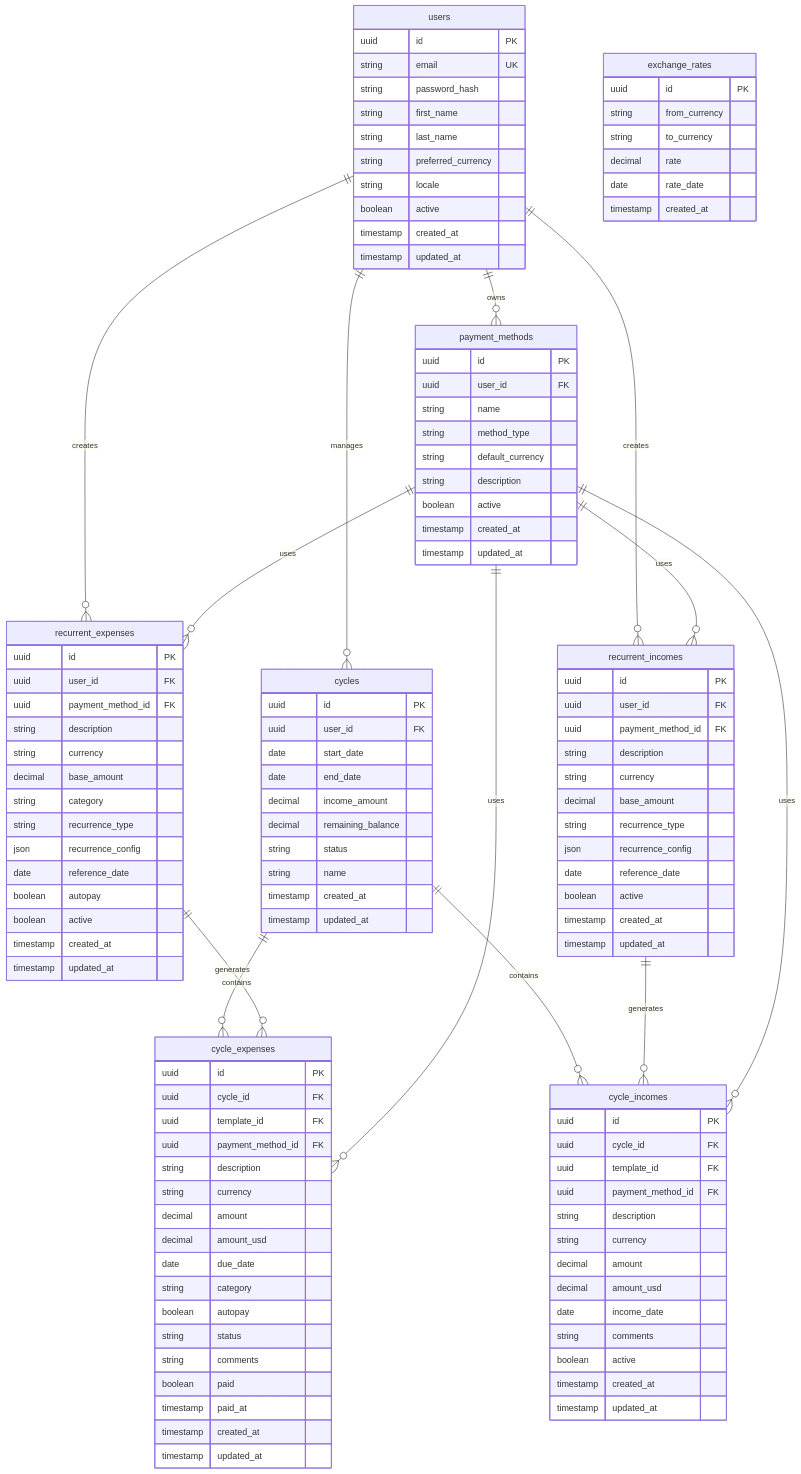
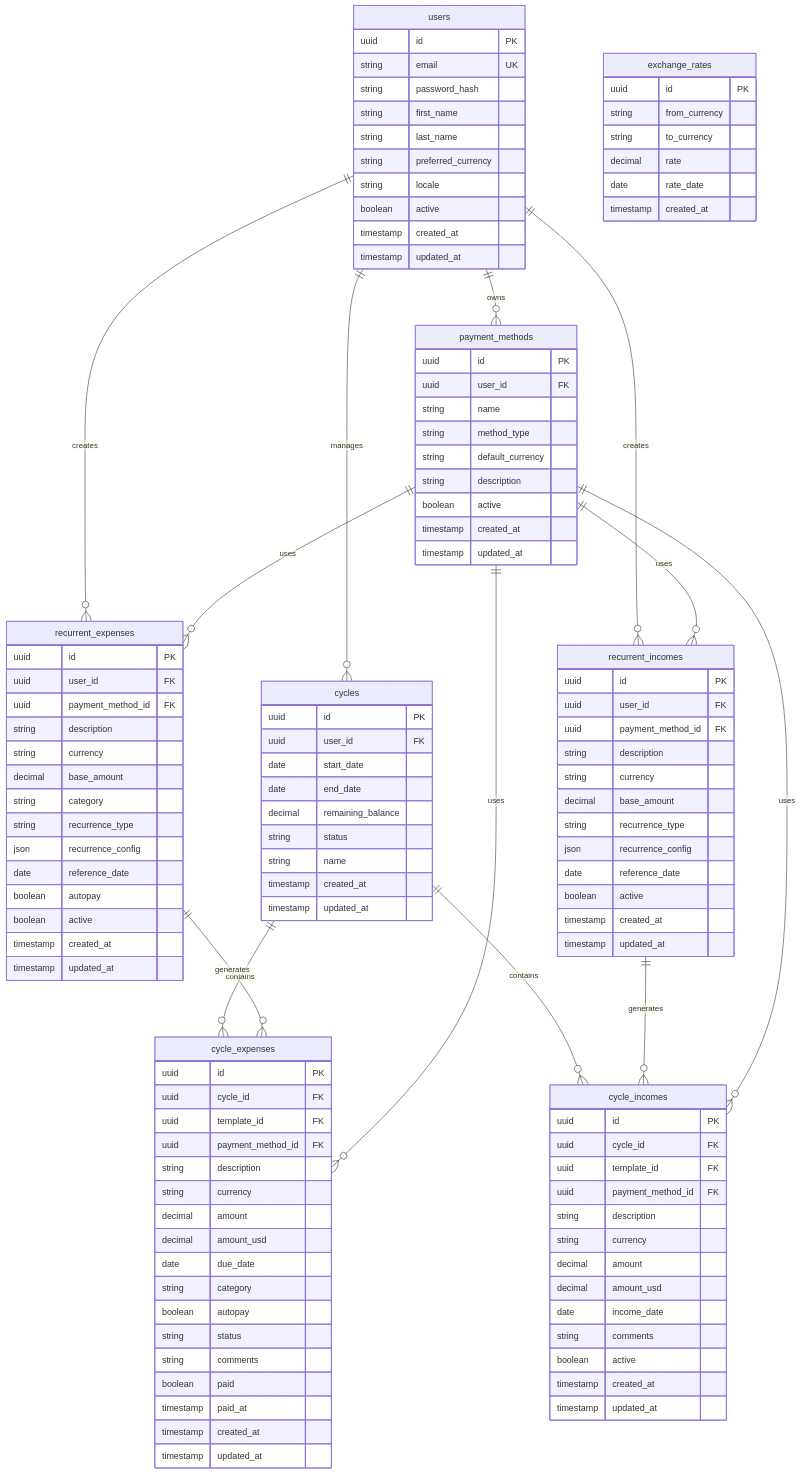
Before and after one commit to jcarranz97/colony: the diagram in docs/architecture/database-schema.md, drawn with Mermaid. The commit also changed other lines of this file and 13 other files, not shown here.

Commit message:
Remove unused income_amount as we are traking incomes now

```diff
--- a/docs/architecture/database-schema.md
+++ b/docs/architecture/database-schema.md
@@ -89,7 +89,6 @@
         uuid user_id FK
         date start_date
         date end_date
-        decimal income_amount
         decimal remaining_balance
         string status
         string name
```
